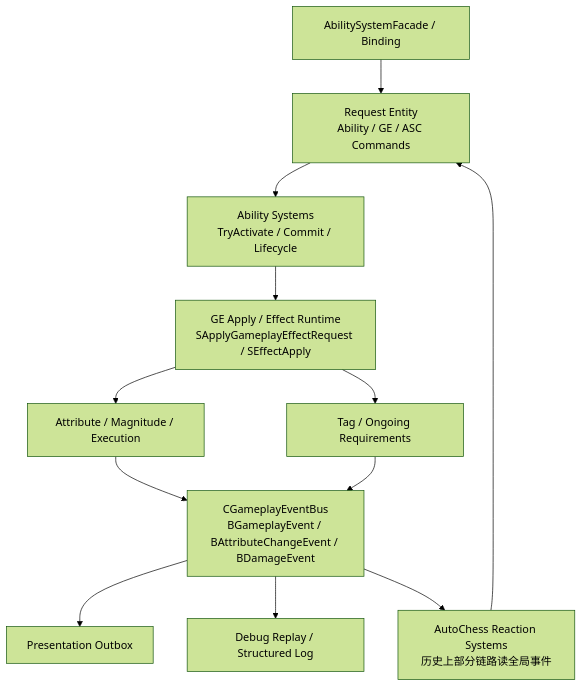
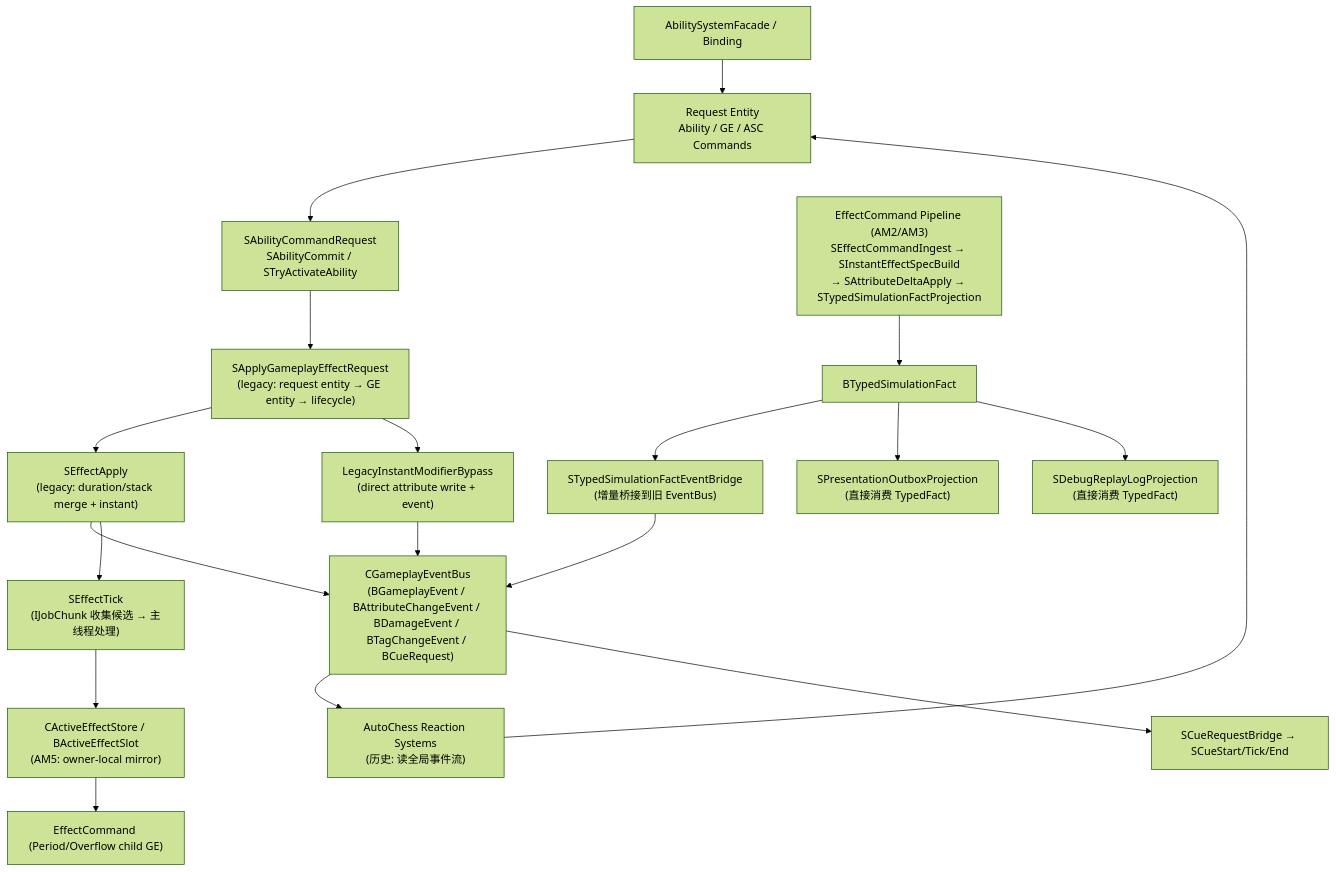
One commit to Bo-ki/gameplay-ability-system-for-unity changed the first of 3 diagrams in 方案讨论/针对2.0的ECS架构的迭代方案讨论/当前路线/00-当前架构事实/架构事实/当前架构图.md. Above: the diagram before and after it, drawn with Mermaid (forest theme). The commit also changed other lines of this file and 40 other files, not shown here.

First line of the commit message:
refactor: destructive cleanup of AutoChessDemo, retain 11 well-designed modules pending ECS rebuild

````diff
--- a/方案讨论/针对2.0的ECS架构的迭代方案讨论/当前路线/00-当前架构事实/架构事实/当前架构图.md
+++ b/方案讨论/针对2.0的ECS架构的迭代方案讨论/当前路线/00-当前架构事实/架构事实/当前架构图.md
@@ -5,14 +7,26 @@
 ```mermaid
 flowchart TD
     Facade["AbilitySystemFacade / Binding"] --> Request["Request Entity\nAbility / GE / ASC Commands"]
-    Request --> Ability["Ability Systems\nTryActivate / Commit / Lifecycle"]
-    Ability --> GEApply["GE Apply / Effect Runtime\nSApplyGameplayEffectRequest / SEffectApply"]
-    GEApply --> Attribute["Attribute / Magnitude / Execution"]
-    GEApply --> Tags["Tag / Ongoing Requirements"]
-    Attribute --> EventBus["CGameplayEventBus\nBGameplayEvent / BAttributeChangeEvent / BDamageEvent"]
-    Tags --> EventBus
-    EventBus --> Presentation["Presentation Outbox"]
-    EventBus --> Replay["Debug Replay / Structured Log"]
-    EventBus --> Reactions["AutoChess Reaction Systems\n历史上部分链路读全局事件"]
+    Request --> AbilityCmd["SAbilityCommandRequest\nSAbilityCommit / STryActivateAbility"]
+    AbilityCmd --> GEApply["SApplyGameplayEffectRequest\n(legacy: request entity → GE entity → lifecycle)"]
+    GEApply --> Apply["SEffectApply\n(legacy: duration/stack merge + instant)"]
+    GEApply --> InstantBypass["LegacyInstantModifierBypass\n(direct attribute write + event)"]
+
+    EffectCmd["EffectCommand Pipeline (AM2/AM3)\nSEffectCommandIngest → SInstantEffectSpecBuild\n→ SAttributeDeltaApply → STypedSimulationFactProjection"] --> TypedFacts["BTypedSimulationFact"]
+    TypedFacts --> EventBridge["STypedSimulationFactEventBridge\n(增量桥接到旧 EventBus)"]
+    TypedFacts --> Presentation["SPresentationOutboxProjection\n(直接消费 TypedFact)"]
+    TypedFacts --> Replay["SDebugReplayLogProjection\n(直接消费 TypedFact)"]
+
+    Apply --> EventBus["CGameplayEventBus\n(BGameplayEvent / BAttributeChangeEvent / BDamageEvent / BTagChangeEvent / BCueRequest)"]
+    InstantBypass --> EventBus
+    EventBridge --> EventBus
+
+    EventBus --> Reactions["AutoChess Reaction Systems\n(历史: 读全局事件流)"]
+    EventBus --> CueLegacy["SCueRequestBridge → SCueStart/Tick/End"]
+
+    Apply --> Tick["SEffectTick\n(IJobChunk 收集候选 → 主线程处理)"]
+    Tick --> Store["CActiveEffectStore / BActiveEffectSlot\n(AM5: owner-local mirror)"]
+    Store --> StoreCmd["EffectCommand (Period/Overflow child GE)"]
+
     Reactions --> Request
 ```
````
